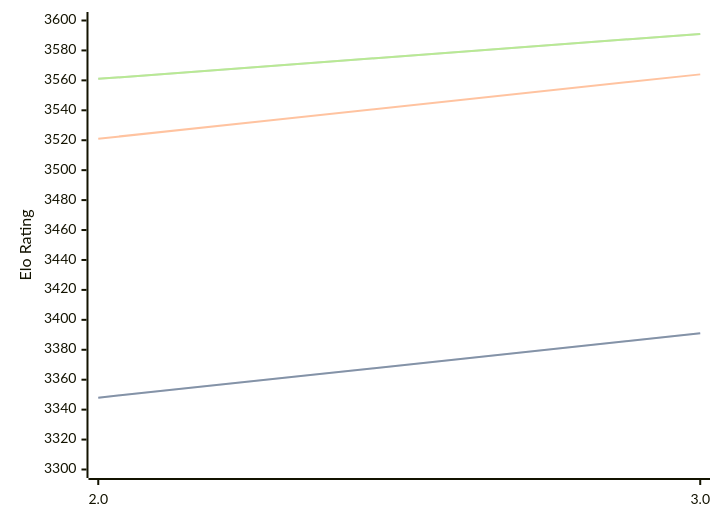
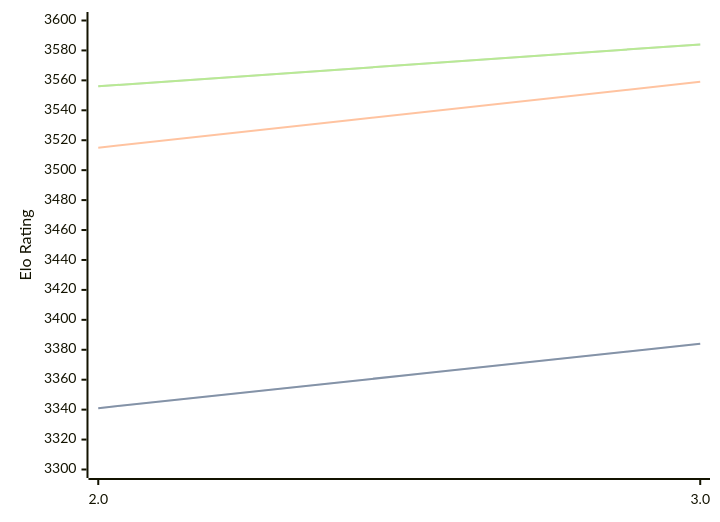
The diagram in engines/Quanticade.md (computer-chess-index/cci), drawn with Mermaid before and after one commit. The commit also changed other lines of this file, not shown here.

Commit message:
Update CCI Ratings (ELO VLTC) - 2026-05-18

````diff
--- a/engines/Quanticade.md
+++ b/engines/Quanticade.md
@@ -41,11 +41,11 @@
 ```mermaid
 %%{init: {"theme":"base","themeVariables":{"seriesColors:['#a3a3a3','#222221','#faa371']}}}%%
 xychart-beta
   x-axis ["2.0", "3.0"]
   y-axis "Elo Rating" 3300 --> 3600
-  line "STC (8.0+0.08s)" [3348, 3391]
-  line "STC (8.0+0.08s)" [3348, 3391]
-  line "LTC (60.0+0.60s)" [3521, 3564]
-  line "VLTC (2m24s+1.12s)" [3561, 3591]
-  line "VLTC (2m24s+1.12s)" [3561, 3591]
+  line "STC (8.0+0.08s)" [3341, 3384]
+  line "STC (8.0+0.08s)" [3341, 3384]
+  line "LTC (60.0+0.60s)" [3515, 3559]
+  line "VLTC (2m24s+1.12s)" [3556, 3584]
+  line "VLTC (2m24s+1.12s)" [3556, 3584]
 ```
````
